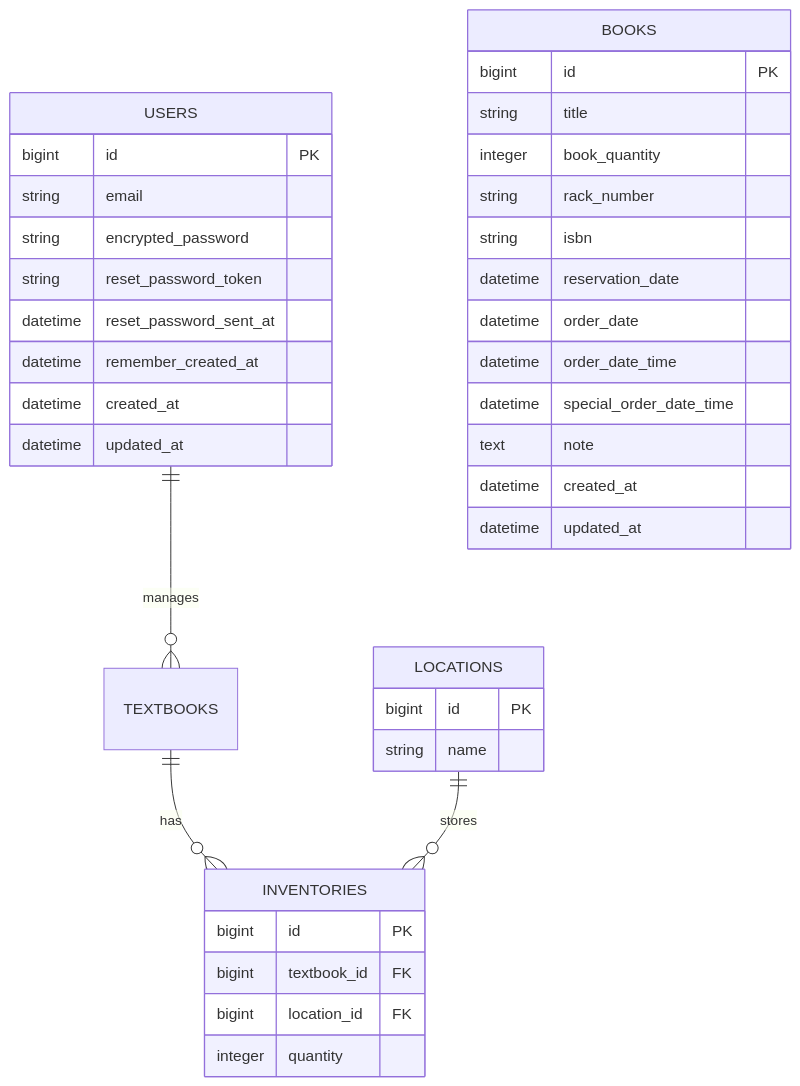
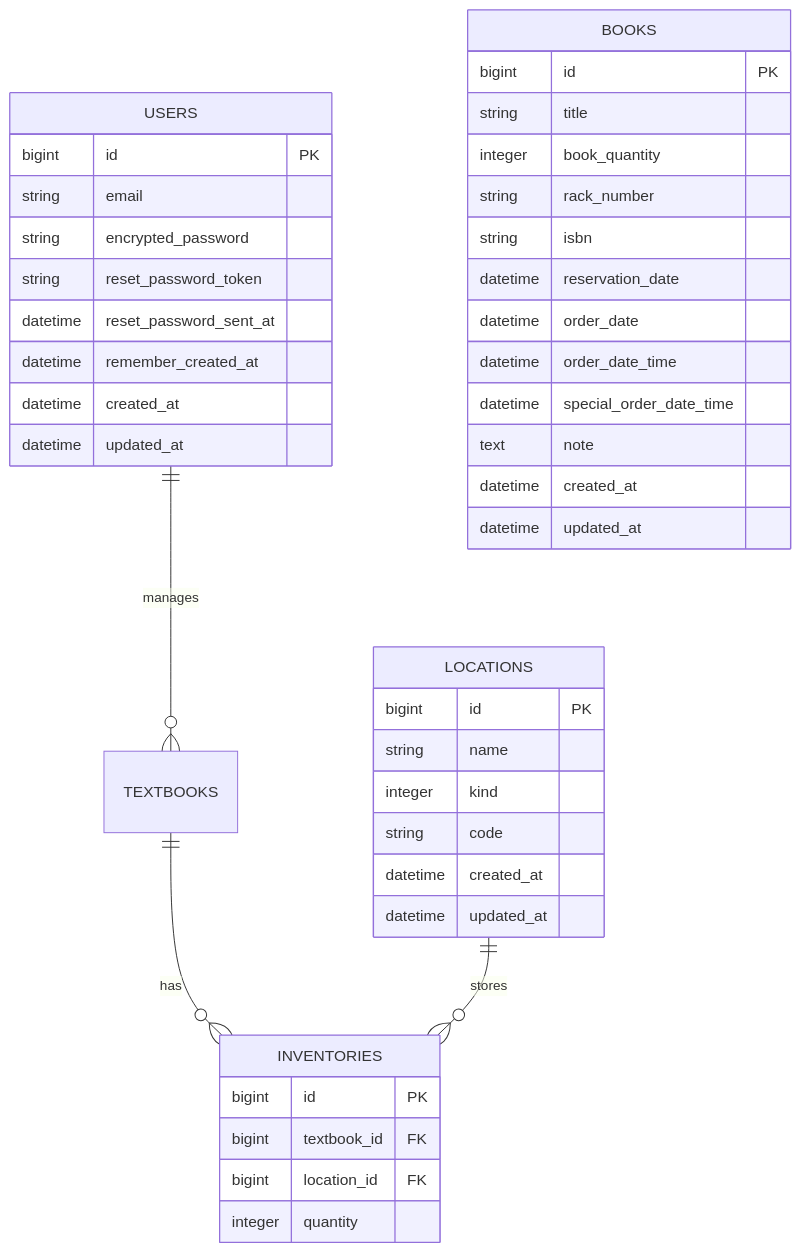
The diagram in README.md (makoto860/book_stock_move_app), drawn with Mermaid before and after one commit.

````diff
--- a/README.md
+++ b/README.md
@@ -17,44 +17,48 @@
 ```mermaid
 erDiagram
 USERS {
   bigint id PK
   string email
   string encrypted_password
   string reset_password_token
   datetime reset_password_sent_at
   datetime remember_created_at
   datetime created_at
   datetime updated_at
 }
 
 BOOKS {
     bigint id PK
     string title
     integer book_quantity
     string rack_number
     string isbn
     datetime reservation_date
     datetime order_date
     datetime order_date_time
     datetime special_order_date_time
     text note
     datetime created_at
     datetime updated_at
 }
 
-    LOCATIONS {
-        bigint id PK
-        string name
-    }
+LOCATIONS {
+  bigint id PK
+  string name
+  integer kind
+  string code
+  datetime created_at
+  datetime updated_at
+}
 
     INVENTORIES {
         bigint id PK
         bigint textbook_id FK
         bigint location_id FK
         integer quantity
     }
 
     USERS ||--o{ TEXTBOOKS : manages
     TEXTBOOKS ||--o{ INVENTORIES : has
     LOCATIONS ||--o{ INVENTORIES : stores
 ```
````
